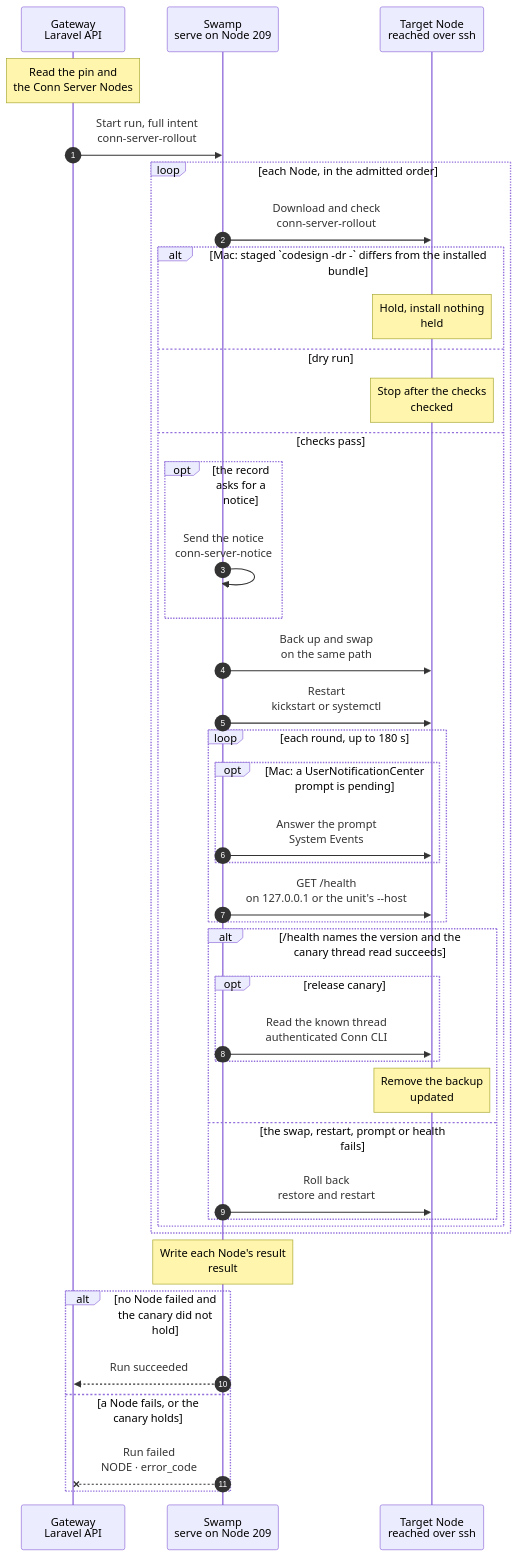
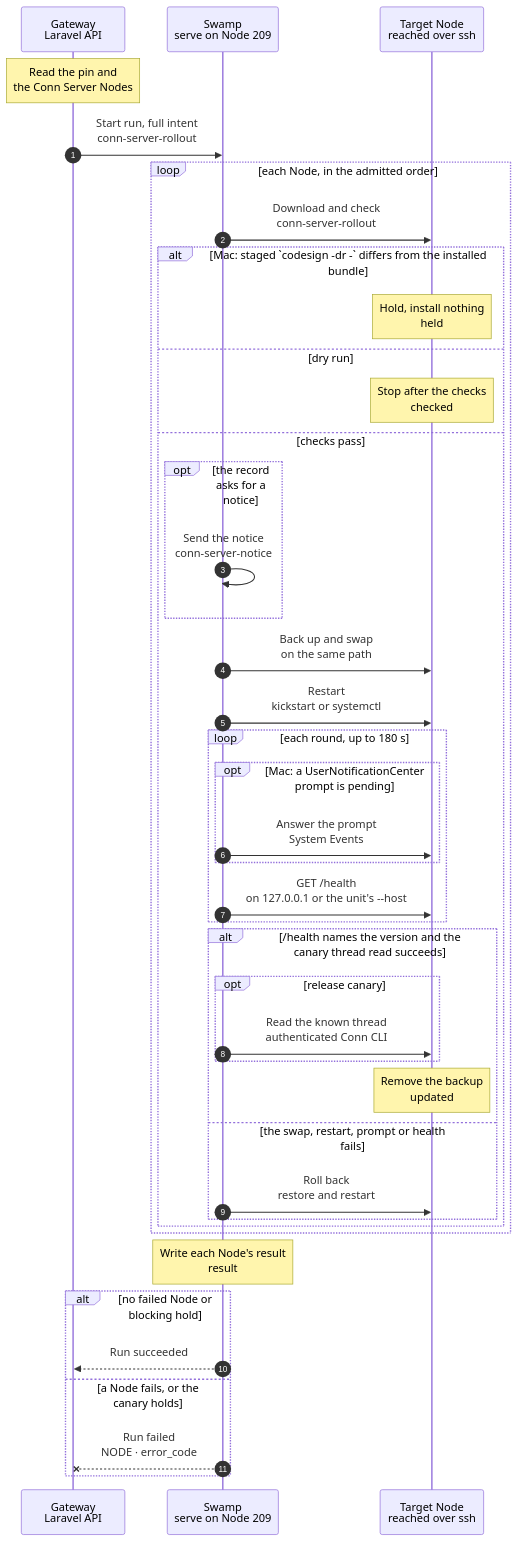
One commit to hardimpactdev/orbit changed the diagram in docs/cli/fleet/conn-server-rollout.mmd. Above: the diagram before and after it, drawn with Mermaid. The commit also changed 4 other files, not shown here.

```diff
--- a/docs/cli/fleet/conn-server-rollout.mmd
+++ b/docs/cli/fleet/conn-server-rollout.mmd
@@ -1,96 +1,96 @@
 sequenceDiagram
   %% One Ansible phase, conn-server-rollout.yml, visits the admitted Conn Server Nodes one at a time, in order. docs/reference/development-containers.md#conn-server-rollout.
   %% status: draft
   %% command: none · POST /api/v1/fleet/conn-server/rollout
   %% kind: fleet.conn_server_rollout
   autonumber
   %% lane GW icon=gateway pill=intent tone=blue
   %% lane SW icon=workflow pill=executes tone=green
   %% lane N icon=server pill=target tone=amber
   participant GW as Gateway<br/>Laravel API
   participant SW as Swamp<br/>serve on Node 209
   participant N as Target Node<br/>reached over ssh
   Note over GW: Read the pin and<br/>the Conn Server Nodes
   %%> When:
   %%> - an operator posts `{"dry_run", "scope"}` to `POST /api/v1/fleet/conn-server/rollout`; both are required, so no default reaches the whole fleet
   %%> - scope `nodes` also takes `node_ids`, one to four ids that each have a record, or a validation error; `node_ids` with another scope is refused
   %%> - the release fleet pass admits the dry run and real canary for a pin with release_canary, and waits for the thread read before converging Nodes
   %%> Requirements:
   %%> - the agent folder's `conn-server` pin names a `macos_arm64` app, or `conn_server.pin_unavailable`
   %%> - exactly one `conn_server_nodes` record is the canary, or `conn_server.canary_unset`
   %%> - a gated promotion requires a passing canary operation ID and a checked dry run for every remaining Node
   %%> Picks:
   %%> - scope `canary`: the canary alone; scope `fleet`: remaining records in Node order for a gated pin, otherwise canary first; scope `nodes`: the named records alone, in the request's order
   %%> - each record names platform, path, service, port, user and whether to notify before the restart; Nodes without one and container Conn Servers are out of scope
   GW->>SW: Start run, full intent<br/>conn-server-rollout
   %%> Input:
   %%> - version, dry run, the Linux tarball and macOS zip with their SHA-256, bundle id and team, the notice target, and each Node with its SSH target
   %%> Requirements:
   %%> - at most four Nodes, so the 13,620 s deadline covers each Node's worst case and its rollback, or `conn_server.too_many_nodes`
   loop each Node, in the admitted order
     SW->>N: Download and check<br/>conn-server-rollout
     %%> What it does:
     %%> - Mac: `launchctl print gui/<uid>/<label>` checks the configured LaunchAgent before staging, including in a dry run, or `conn_server.service_not_loaded`
     %%> - checks reachability, then downloads the asset into a staging folder beside the install and checks its SHA-256, or `conn_server.hash_mismatch`
     %%> - Mac: `codesign --verify --strict --deep`, the pin's `TeamIdentifier` and bundle id, or `conn_server.signature_invalid`, `team_mismatch`, `bundle_mismatch`
     %%> - Linux: the unit's `ExecStart` is `<current>/conn-server` and the tarball holds `conn-server-<X>-linux-x64/conn-server`, or `conn_server.layout_mismatch`
     %%> - Linux: `/health` on the unit's `--host`, or 127.0.0.1 when it has none or a wildcard, answers 200 with `server: conn-server` and a version, or `conn_server.health_unreachable`
     %%> - Mac: a direct `/health` read on 127.0.0.1 with proxies and redirects disabled requires HTTP 200, `server: conn-server` and a nonblank version string, or `conn_server.health_unreachable`
     alt Mac: staged `codesign -dr -` differs from the installed bundle
       Note over N: Hold, install nothing<br/>held
       %%> Why:
       %%> - a new designated requirement resets the TCC grants; a hold stops a gated promotion or a canary update; earlier pins hold only the affected follower
     else dry run
       Note over N: Stop after the checks<br/>checked
     else checks pass
       opt the record asks for a notice
         SW->>SW: Send the notice<br/>conn-server-notice
         %%> What it does:
         %%> - posts or runs `orbit.conn.server_rollout_notice` before anything changes; a failed notice fails the Node (`conn_server.notice_failed`)
         %%> - logs neither the URL, the command nor their output
       end
       SW->>N: Back up and swap<br/>on the same path
       %%> What it does:
       %%> - Mac: a new backup folder (`conn_server.backup_exists` when it exists), the installed bundle into it, the staged bundle onto the same path, so TCC grants stay
       %%> - Linux: a new `releases/<X>-<run>` folder, then `current` moves to it with one rename
       SW->>N: Restart<br/>kickstart or systemctl
       %%> What it does:
       %%> - Mac: `launchctl kickstart -k gui/<uid>/<label>`, never a start from the SSH session; Linux: restarts the unit
       %%> - never reads or prints a LaunchAgent plist; every command has a task timeout
       loop each round, up to 180 s
         opt Mac: a UserNotificationCenter prompt is pending
           SW->>N: Answer the prompt<br/>System Events
           %%> What it does:
           %%> - reads the prompt's static texts and clicks Allow only on a Conn Server prompt for an expected permission
           %%> - any other prompt fails the Node (`conn_server.unexpected_prompt`)
         end
         SW->>N: GET /health<br/>on 127.0.0.1 or the unit's --host
         %%> What it does:
         %%> - waits for `server: conn-server` and the pin's exact version
         %%> - Mac: uses the same direct probe and response checks as the preflight read
       end
       alt /health names the version and the canary thread read succeeds
         opt release canary
           SW->>N: Read the known thread<br/>authenticated Conn CLI
         end
         Note over N: Remove the backup<br/>updated
       else the swap, restart, prompt or health fails
         SW->>N: Roll back<br/>restore and restart
         %%> What it does:
         %%> - Mac: sets the new bundle aside, puts the backup back on the path and kickstarts again; Linux: points `current` back and restarts
         %%> - the Node fails with its cause, `conn_server.health_check_failed` when `/health` never names the version; `rolled_back` is true when health confirms the preflight version
       end
     end
   end
   Note over SW: Write each Node's result<br/>result
-  alt no Node failed and the canary did not hold
+  alt no failed Node or blocking hold
     SW-->>GW: Run succeeded
     %%> Result:
     %%> - the Operation result lists each Node's outcome: `updated`, `checked` or `held`
   else a Node fails, or the canary holds
     SW--xGW: Run failed<br/>NODE · error_code
     %%> Result:
     %%> - `error_code` is `conn_server.node_failed`, `conn_server.canary_held` for a held canary, or `conn_server.node_held` during promotion
     %%> Why stop:
     %%> - later Nodes are not visited and report `not_reached`, so one bad release reaches at most one Node
   end
```
